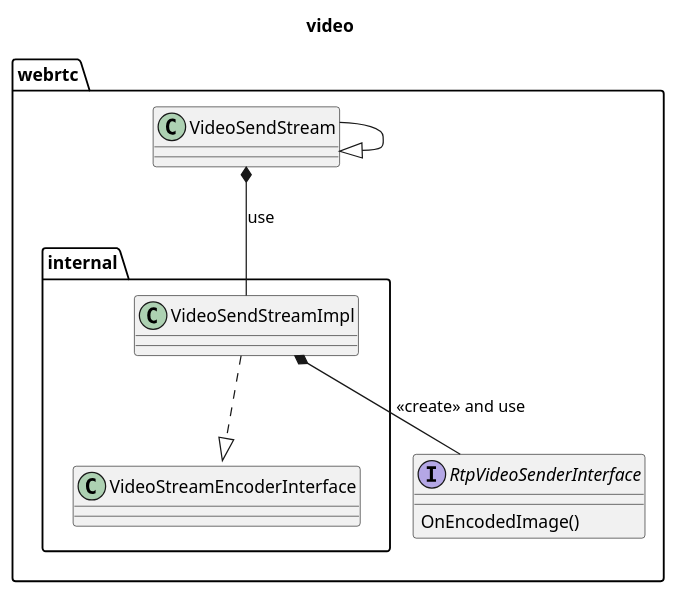
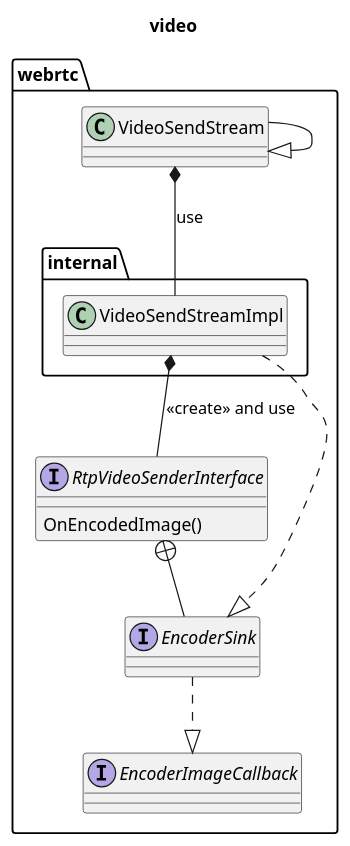
Before and after one commit to mingxin505/webrtcNote: the seventh of 19 diagrams in webrtc_chrome/Design.md, drawn with PlantUML. The commit also changed other lines of this file and 4 other files, not shown here.

````diff
--- a/webrtc_chrome/Design.md
+++ b/webrtc_chrome/Design.md
@@ -146,15 +146,19 @@
 ```plantuml
 title "video"
 namespace webrtc { 
     class VideoSendStream
     interface RtpVideoSenderInterface {
         OnEncodedImage()
     }
+    interface EncoderImageCallback
+    interface EncoderSink
+    EncoderSink ..|> EncoderImageCallback
+    RtpVideoSenderInterface +-- EncoderSink
     namespace internal {
         VideoSendStream --|> webrtc.VideoSendStream
         VideoSendStream *-- VideoSendStreamImpl  : use
-        VideoSendStreamImpl ..|> VideoStreamEncoderInterface::EncoderSink
+        VideoSendStreamImpl ..|> webrtc.EncoderSink
         VideoSendStreamImpl *-- RtpVideoSenderInterface : <<create>> and use
     }
 }
 ```
````
